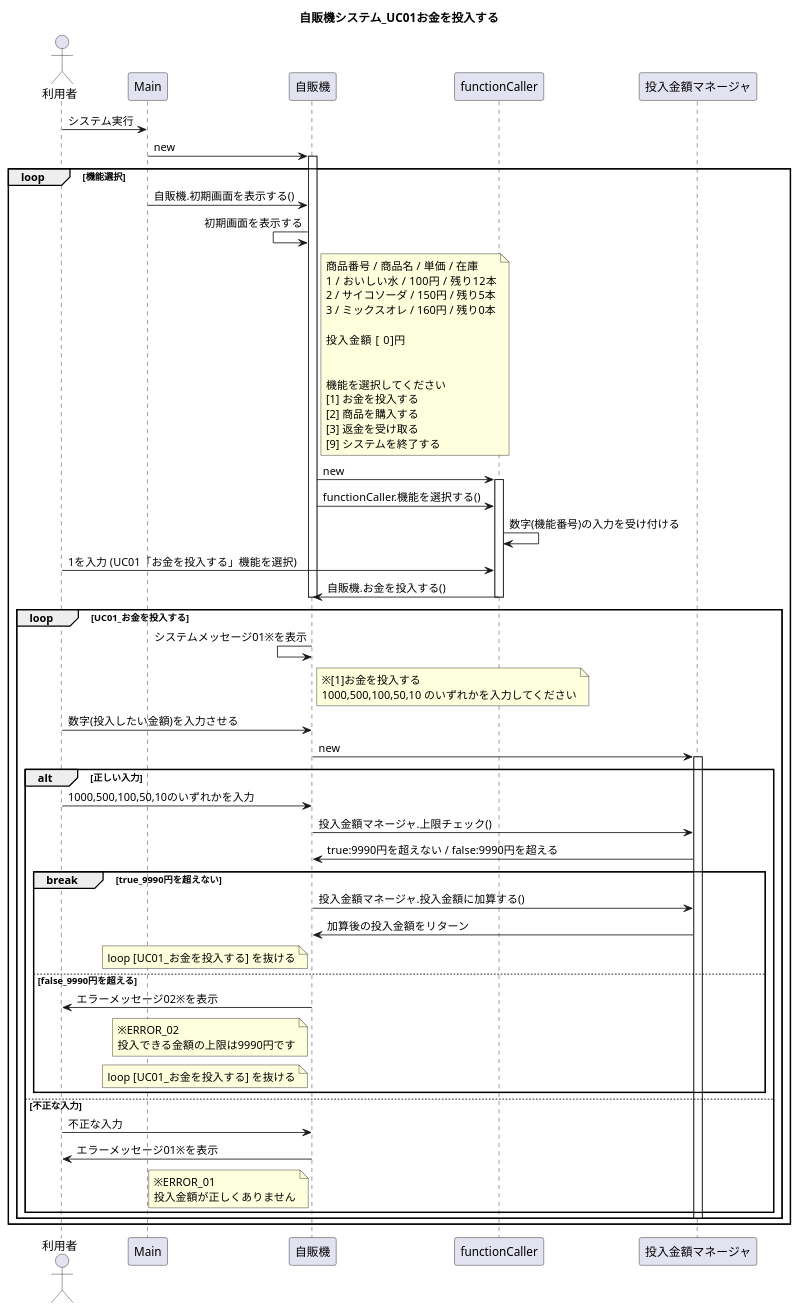
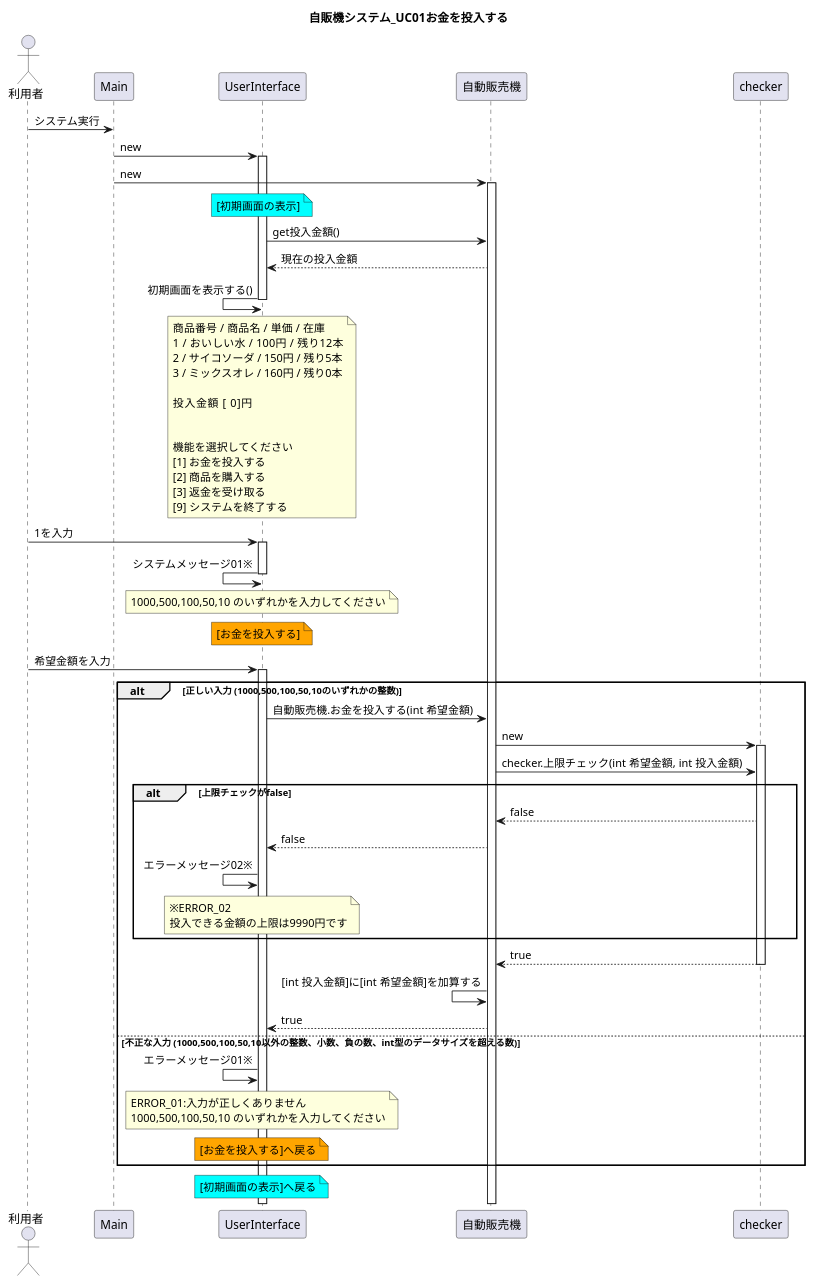
One commit to W-Nakayama-24/VendingMachine_CUI changed the diagram in UML_class_sequence/VendingMachine_sequence01.puml. Above: the diagram before and after it, drawn with PlantUML. The commit also changed 3 other files, not shown here.

First line of the commit message:
FIX classDiag_and_sequence01

```diff
--- a/UML_class_sequence/VendingMachine_sequence01.puml
+++ b/UML_class_sequence/VendingMachine_sequence01.puml
@@ -1,98 +1,100 @@
 @startuml
 title 自販機システム_UC01お金を投入する
 
 actor 利用者
 利用者 -> Main : システム実行
 
 participant Main
 
-Main -> 自販機 : new
-activate 自販機
+Main -> UserInterface : new
+activate UserInterface
+Main -> 自動販売機 : new
+activate 自動販売機
 
-loop 機能選択
-    Main -> 自販機 : 自販機.初期画面を表示する()
-    自販機 <- 自販機 : 初期画面を表示する
+note over UserInterface #Cyan
+[初期画面の表示]
+end note
+UserInterface -> 自動販売機 : get投入金額()
+UserInterface <-- 自動販売機 : 現在の投入金額
 
-    note right of 自販機
+UserInterface <- UserInterface : 初期画面を表示する()
+    note over UserInterface
     商品番号 / 商品名 / 単価  / 在庫
     1 / おいしい水   / 100円 / 残り12本
     2 / サイコソーダ / 150円 / 残り5本
     3 / ミックスオレ / 160円 / 残り0本
 
     投入金額 [   0]円
 
 
     機能を選択してください
     [1] お金を投入する
     [2] 商品を購入する
     [3] 返金を受け取る
     [9] システムを終了する
     end note
+deactivate UserInterface
 
-    自販機 -> functionCaller : new
-    activate functionCaller
-    自販機 -> functionCaller : functionCaller.機能を選択する()
-    functionCaller -> functionCaller : 数字(機能番号)の入力を受け付ける
-    利用者 -> functionCaller : 1を入力 (UC01「お金を投入する」機能を選択)
-    自販機 <- functionCaller : 自販機.お金を投入する()
-    deactivate functionCaller
-    deactivate 自販機
 
-    loop UC01_お金を投入する
-    
+利用者 -> UserInterface : 1を入力
+activate UserInterface
 
-    自販機 <- 自販機 : システムメッセージ01※を表示
-    
-    note right of 自販機
-    ※[1]お金を投入する
+
+UserInterface <- UserInterface : システムメッセージ01※
+    note over UserInterface
+    1000,500,100,50,10 のいずれかを入力してください
+    end note
+deactivate UserInterface
+
+
+note over UserInterface #Orange
+[お金を投入する]
+end note
+利用者 -> UserInterface : 希望金額を入力
+'不正な入力はUIの段階で弾いておくべきではないか? 現実の自販機も異物は突っ込めない
+'自分で定めた条件や、nextIntの例外を拾う
+activate UserInterface
+
+alt 正しい入力 (1000,500,100,50,10のいずれかの整数)
+
+UserInterface -> 自動販売機 : 自動販売機.お金を投入する(int 希望金額)
+
+自動販売機 -> checker : new
+activate checker
+
+自動販売機 -> checker : checker.上限チェック(int 希望金額, int 投入金額)
+
+alt 上限チェックがfalse
+
+自動販売機 <-- checker : false
+UserInterface <-- 自動販売機 : false
+UserInterface <- UserInterface : エラーメッセージ02※
+    note over UserInterface
+    ※ERROR_02
+    投入できる金額の上限は9990円です
+    end note
+end
+
+自動販売機 <-- checker : true
+deactivate checker
+自動販売機 <- 自動販売機 : [int 投入金額]に[int 希望金額]を加算する
+UserInterface <-- 自動販売機 : true
+
+
+else 不正な入力 (1000,500,100,50,10以外の整数、小数、負の数、int型のデータサイズを超える数)
+UserInterface <- UserInterface : エラーメッセージ01※
+    note over UserInterface
+    ERROR_01:入力が正しくありません
     1000,500,100,50,10 のいずれかを入力してください
     end note
 
-    利用者 -> 自販機 : 数字(投入したい金額)を入力させる
-    自販機 -> 投入金額マネージャ : new
-    activate 投入金額マネージャ
-
-        alt 正しい入力
-        利用者 -> 自販機 : 1000,500,100,50,10のいずれかを入力
-        自販機 -> 投入金額マネージャ : 投入金額マネージャ.上限チェック()
-        自販機 <- 投入金額マネージャ : true:9990円を超えない / false:9990円を超える
-
-            break true_9990円を超えない
-            自販機 -> 投入金額マネージャ : 投入金額マネージャ.投入金額に加算する()
-            自販機 <- 投入金額マネージャ : 加算後の投入金額をリターン    
-
-            note left of 自販機
-            loop [UC01_お金を投入する] を抜ける
-            end note
-
-            else false_9990円を超える
-            利用者 <- 自販機 : エラーメッセージ02※を表示
-            
-            note left of 自販機
-            ※ERROR_02
-            投入できる金額の上限は9990円です
-            end note
-
-            note left of 自販機
-            loop [UC01_お金を投入する] を抜ける
-            end note
-
-            end
-
-        else 不正な入力
-        利用者 -> 自販機 : 不正な入力
-        利用者 <- 自販機 : エラーメッセージ01※を表示
-        
-        note left of 自販機
-        ※ERROR_01
-        投入金額が正しくありません
-        end note
-
-        end
-    deactivate 投入金額マネージャ
-    end    
-    
+    note over UserInterface #Orange
+    [お金を投入する]へ戻る
+    end note
 end
 
+note over UserInterface #Cyan
+[初期画面の表示]へ戻る
+end note
 
 @enduml
```
